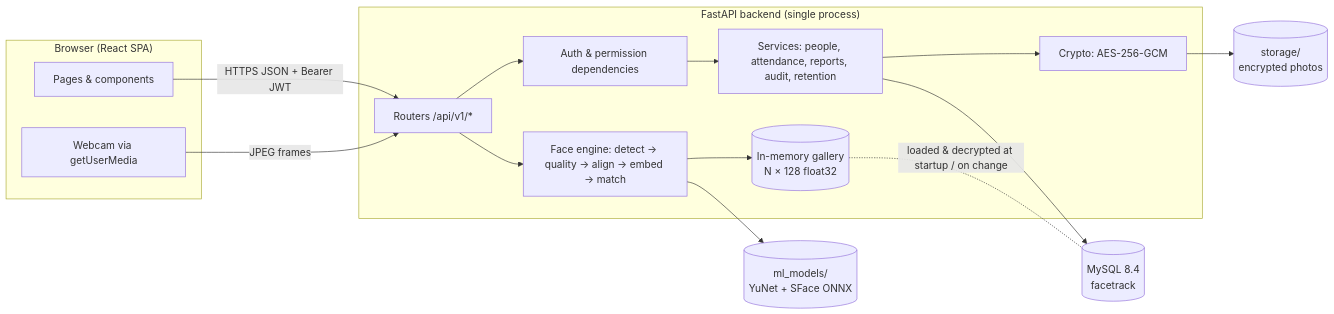
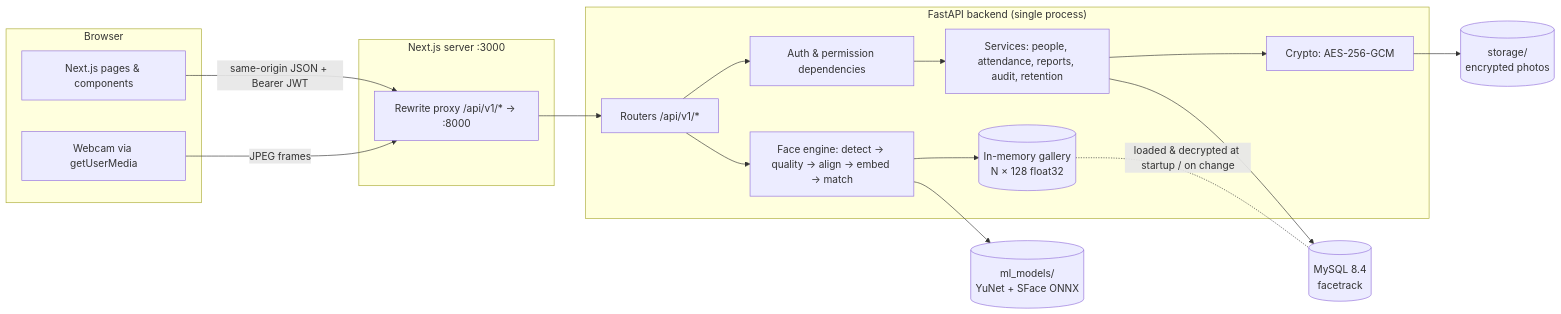
The diagram in docs/01-architecture.md (NgetMeas22/Face-recognition-management-system), drawn with Mermaid before and after one commit. The commit also changed other lines of this file and 4 other files, not shown here.

````diff
--- a/docs/01-architecture.md
+++ b/docs/01-architecture.md
@@ -5,30 +5,35 @@
 ```mermaid
 flowchart LR
-    subgraph Browser["Browser (React SPA)"]
-        UI[Pages & components]
+    subgraph Browser["Browser"]
+        UI[Next.js pages & components]
         CAM[Webcam via getUserMedia]
+    end
+
+    subgraph Next["Next.js server :3000"]
+        P[Rewrite proxy /api/v1/* → :8000]
     end
 
     subgraph API["FastAPI backend (single process)"]
         R[Routers /api/v1/*]
         D[Auth & permission dependencies]
         S[Services: people, attendance, reports, audit, retention]
         F[Face engine: detect → quality → align → embed → match]
         G[(In-memory gallery\nN × 128 float32)]
         C[Crypto: AES-256-GCM]
     end
 
     DB[(MySQL 8.4\nfacetrack)]
     FS[(storage/\nencrypted photos)]
     M[(ml_models/\nYuNet + SFace ONNX)]
 
-    UI -- HTTPS JSON + Bearer JWT --> R
-    CAM -- JPEG frames --> R
+    UI -- same-origin JSON + Bearer JWT --> P
+    CAM -- JPEG frames --> P
+    P --> R
     R --> D --> S
     R --> F
     F --> G
     F --> M
     S --> DB
     S --> C --> FS
     G -. loaded & decrypted at startup / on change .- DB
 ```
````
